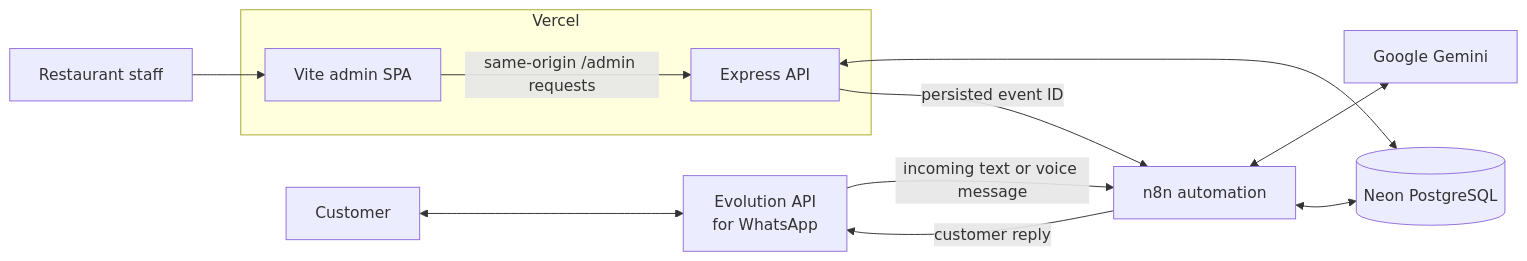
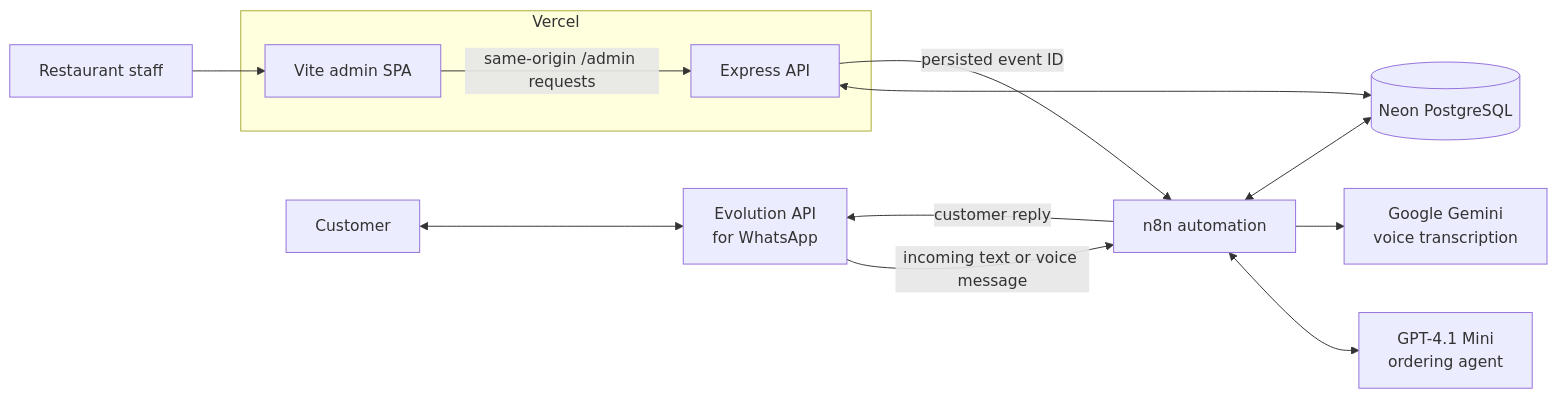
Before and after one commit to muhammad-abbas-10/Pizza-Whatsapp-AI-Bot: the first of 3 diagrams in README.md, drawn with Mermaid. The commit also changed other lines of this file and 23 other files, not shown here.

````diff
--- a/README.md
+++ b/README.md
@@ -96,25 +96,27 @@
 ```mermaid
 flowchart LR
     Customer[Customer]
     WA[Evolution API<br/>for WhatsApp]
     N8N[n8n automation]
-    Gemini[Google Gemini]
+    OrderingAI[GPT-4.1 Mini<br/>ordering agent]
+    Gemini[Google Gemini<br/>voice transcription]
     DB[(Neon PostgreSQL)]
     Browser[Restaurant staff]
 
     subgraph Vercel
       SPA[Vite admin SPA]
       API[Express API]
     end
 
     Customer <--> WA
     WA -->|incoming text or voice message| N8N
     N8N -->|customer reply| WA
-    N8N <--> Gemini
+    N8N <--> OrderingAI
+    N8N --> Gemini
     N8N <--> DB
 
     Browser --> SPA
     SPA -->|same-origin /admin requests| API
     API <--> DB
     API -->|persisted event ID| N8N
 ```
````
